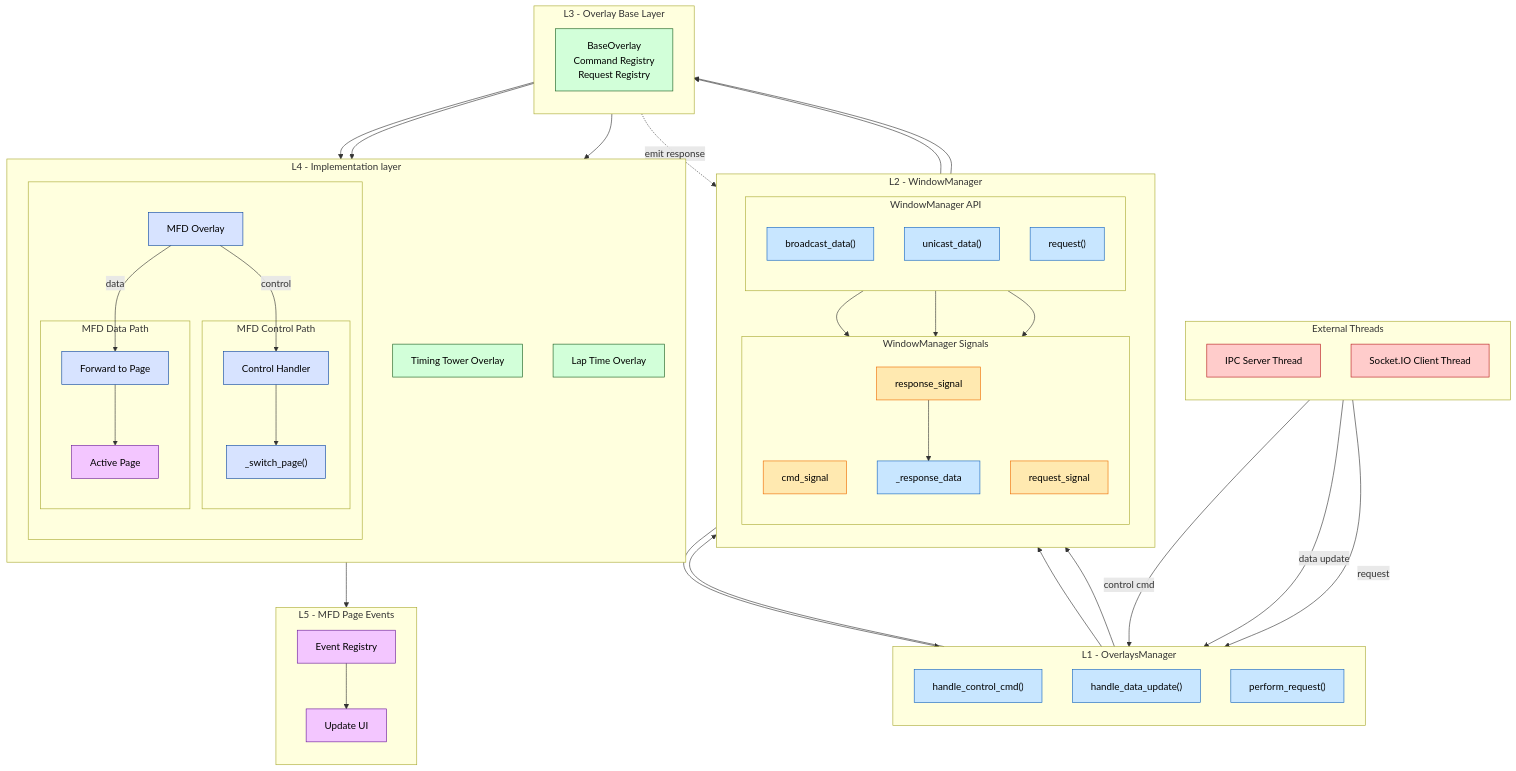
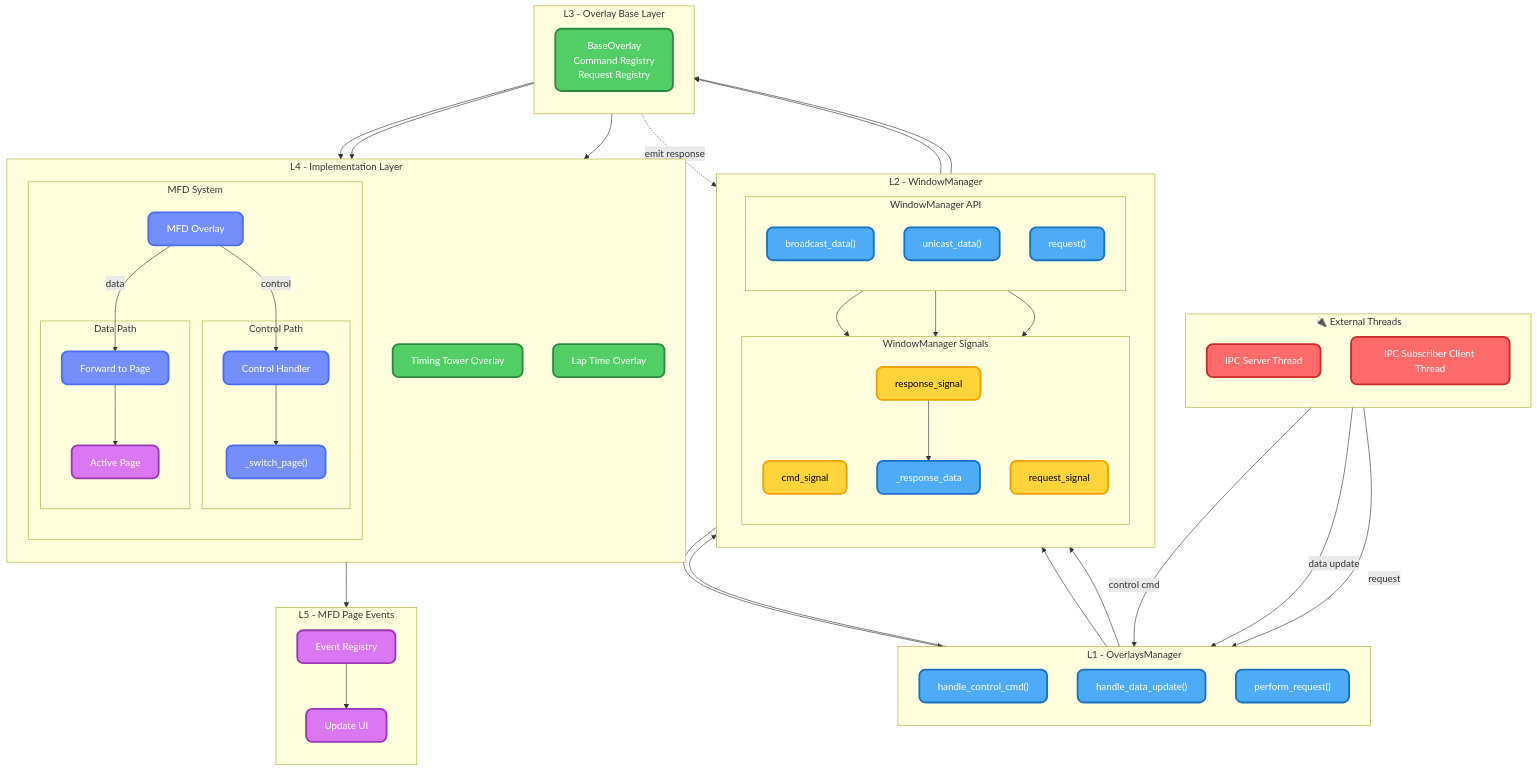
Before and after one commit to kmransom56/pitsngiggles-mcp-integration: the diagram in docs/hud-arch.mmd, drawn with Mermaid. The commit also changed 1 other file, not shown here.

Commit message:
arch diagram updates

```diff
--- a/docs/hud-arch.mmd
+++ b/docs/hud-arch.mmd
@@ -1,114 +1,113 @@
 graph TD
 
-subgraph EXT["External Threads"]
+subgraph EXT["🔌 External Threads"]
     direction TB
     IPC["IPC Server Thread"]
-    SIO["Socket.IO Client Thread"]
+    SUB["IPC Subscriber Client Thread"]
 end
 
 subgraph OM["L1 - OverlaysManager"]
     direction TB
     OM_Cmd["handle_control_cmd()"]
     OM_Data["handle_data_update()"]
     OM_Req["perform_request()"]
 end
 
 subgraph WMALL["L2 - WindowManager"]
     direction TB
     subgraph WM["WindowManager API"]
         direction TB
         API_BC["broadcast_data()"]
         API_UC["unicast_data()"]
         API_REQ["request()"]
     end
 
     subgraph WMSIG["WindowManager Signals"]
         direction TB
         Sig_CMD["cmd_signal"]
         Sig_REQ["request_signal"]
         Sig_RESP["response_signal"]
         RespStore["_response_data"]
     end
 end
 
 subgraph BASE["L3 - Overlay Base Layer"]
     direction TB
     BaseOverlay["BaseOverlay<br/>Command Registry<br/>Request Registry"]
 end
 
-subgraph OVERLAYS["L4 - Implementation layer"]
+subgraph OVERLAYS["L4 - Implementation Layer"]
     direction TB
     TimingTowerOverlay["Timing Tower Overlay"]
     LapTimeOverlay["Lap Time Overlay"]
 
-    subgraph MFD[" "]
+    subgraph MFD["MFD System"]
         direction TB
         MFDCommandRouter["MFD Overlay"]
-        subgraph MFDCTRL["MFD Control Path"]
+        subgraph MFDCTRL["Control Path"]
             MFDHandlers["Control Handler"]
             SwitchPage["_switch_page()"]
         end
 
-        subgraph MFDDATA["MFD Data Path"]
+        subgraph MFDDATA["Data Path"]
             ForwardData["Forward to Page"]
             ActivePage["Active Page"]
         end
     end
 end
-
 
 subgraph PAGES["L5 - MFD Page Events"]
     direction TB
     PageReg["Event Registry"]
     UpdateUI["Update UI"]
 end
 
 %% ========= Top-Down Flows =========
 IPC -->|control cmd| OM_Cmd
-SIO -->|data update| OM_Data
+SUB -->|data update| OM_Data
 IPC -->|request| OM_Req
 
 OM_Cmd --> API_UC
 OM_Data --> API_BC
 OM_Req --> API_REQ
 
 API_BC --> Sig_CMD
 API_UC --> Sig_CMD
 API_REQ --> Sig_REQ
 
 Sig_CMD --> BaseOverlay
 Sig_REQ --> BaseOverlay
 
 BaseOverlay --> TimingTowerOverlay
 BaseOverlay --> LapTimeOverlay
 BaseOverlay --> MFDCommandRouter
 
 %% Response path (upward dotted)
 BaseOverlay -.->|emit response| Sig_RESP
 Sig_RESP --> RespStore
 RespStore --> OM_Req
 
 %% MFD-specific flows
 MFDCommandRouter -->|control| MFDHandlers
 MFDCommandRouter -->|data| ForwardData
 
 MFDHandlers --> SwitchPage
 ForwardData --> ActivePage
 
 ActivePage --> PageReg
 PageReg --> UpdateUI
 
 %% ========= Styles =========
-classDef thread fill:#ffcccb,stroke:#b71c1c,color:#000,stroke-width:1px
-classDef manager fill:#c8e6ff,stroke:#1565c0,color:#000,stroke-width:1px
-classDef overlay fill:#d2ffd9,stroke:#1b5e20,color:#000,stroke-width:1px
-classDef special fill:#d7e3ff,stroke:#0d47a1,color:#000,stroke-width:1px
-classDef signal fill:#ffe9b0,stroke:#ef6c00,color:#000,stroke-width:1px
-classDef page fill:#f3c6ff,stroke:#6a1b9a,color:#000,stroke-width:1px
+classDef thread fill:#ff6b6b,stroke:#c92a2a,color:#fff,stroke-width:3px,rx:10
+classDef manager fill:#4dabf7,stroke:#1971c2,color:#fff,stroke-width:3px,rx:10
+classDef signal fill:#ffd43b,stroke:#f59f00,color:#000,stroke-width:3px,rx:10
+classDef overlay fill:#51cf66,stroke:#2b8a3e,color:#fff,stroke-width:3px,rx:10
+classDef special fill:#748ffc,stroke:#4c6ef5,color:#fff,stroke-width:3px,rx:10
+classDef page fill:#da77f2,stroke:#9c36b5,color:#fff,stroke-width:3px,rx:10
 
-class IPC,SIO thread
+class IPC,SUB thread
 class OM_Cmd,OM_Data,OM_Req,API_BC,API_UC,API_REQ,RespStore manager
 class Sig_CMD,Sig_REQ,Sig_RESP signal
 class BaseOverlay,TimingTowerOverlay,LapTimeOverlay overlay
 class MFDCommandRouter,MFDHandlers,SwitchPage,ForwardData special
 class ActivePage,PageReg,UpdateUI page
```
